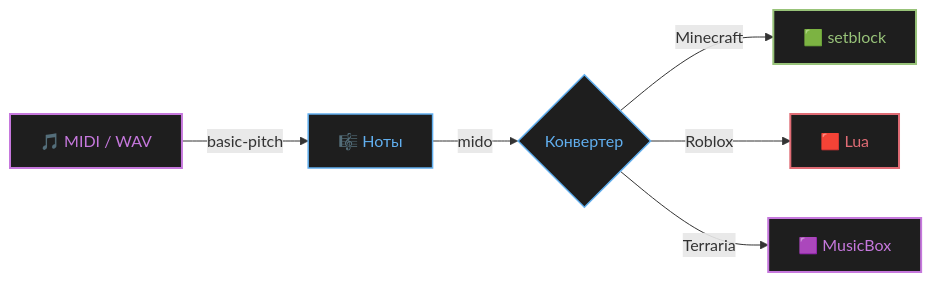
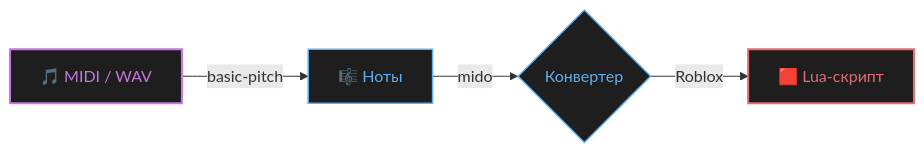
Before and after one commit to SMisha2/AstraConv: the second of 2 diagrams in README.md, drawn with Mermaid. The commit also changed other lines of this file, not shown here.

````diff
--- a/README.md
+++ b/README.md
@@ -406,20 +284,14 @@
 ```mermaid
 graph LR
     A[🎵 MIDI / WAV] -->|basic-pitch| B[🎼 Ноты]
     B -->|mido| C{Конвертер}
-    C -->|Minecraft| D[🟩 setblock]
-    C -->|Roblox| E[🟥 Lua]
-    C -->|Terraria| F[🟪 MusicBox]
+    C -->|Roblox| E[🟥 Lua-скрипт]
 
     classDef input fill:#1e1e1e,stroke:#c678dd,color:#c678dd,stroke-width:2px
     classDef mid fill:#1e1e1e,stroke:#61afef,color:#61afef,stroke-width:1.5px
-    classDef out1 fill:#1e1e1e,stroke:#98c379,color:#98c379,stroke-width:2px
-    classDef out2 fill:#1e1e1e,stroke:#e06c75,color:#e06c75,stroke-width:2px
-    classDef out3 fill:#1e1e1e,stroke:#c678dd,color:#c678dd,stroke-width:2px
+    classDef out fill:#1e1e1e,stroke:#e06c75,color:#e06c75,stroke-width:2px
 
     class A input
     class B,C mid
-    class D out1
-    class E out2
-    class F out3
+    class E out
 ```
````
